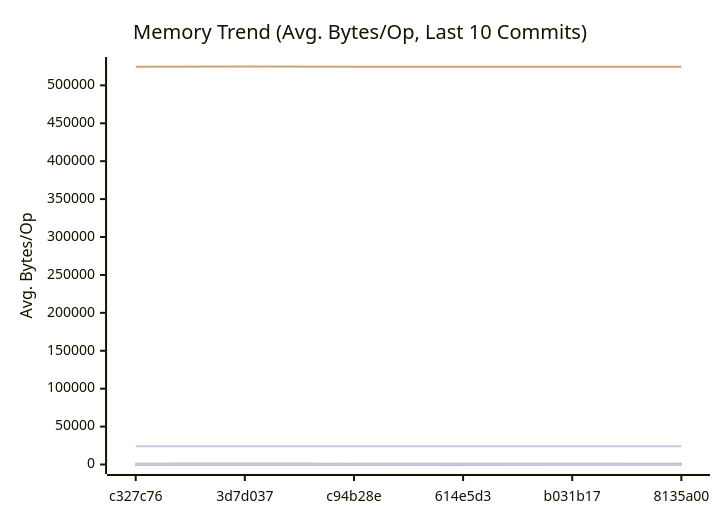
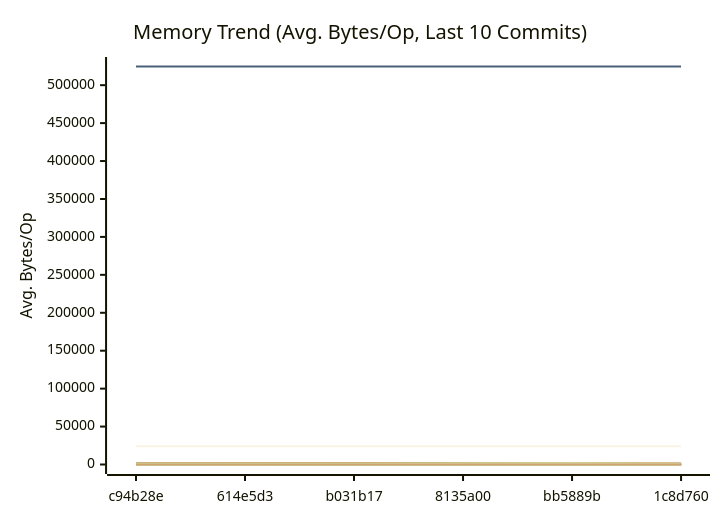
One commit to alsotoes/momo changed the second of 3 diagrams in docs/REFERENCE/PERFORMANCE.md. Above: the diagram before and after it, drawn with Mermaid. The commit also changed other lines of this file and 3 other files, not shown here.

````diff
--- a/docs/REFERENCE/PERFORMANCE.md
+++ b/docs/REFERENCE/PERFORMANCE.md
@@ -310,44 +346,53 @@
 ```mermaid
 xychart-beta
     title "Memory Trend (Avg. Bytes/Op, Last 10 Commits)"
     x-axis "Commit"
     y-axis "Avg. Bytes/Op"
-    x-axis [c327c76,3d7d037,c94b28e,614e5d3,b031b17,8135a00]
-    line "AWSChunkedReaderSigned" [68,46,98,80,70,106,85,62,72,80]
-    line "AWSChunkedReaderUnsigned" [63,59,75,91,78,84,68,66,70,68]
+    x-axis [c94b28e,614e5d3,b031b17,8135a00,bb5889b,1c8d760]
+    line "AdaptivePutBlob64KiB" [0,0,0,0,0,0,0,0,0,0]
+    line "AWSChunkedReaderSigned" [98,80,70,106,85,62,72,80,121,164]
+    line "AWSChunkedReaderUnsigned" [75,91,78,84,68,66,70,68,164,167]
     line "CheckMetricsAndSwap" [0,0,0,0,0,0,0,0,0,0]
     line "CrushOptimized" [0,0,0,0,0,0,0,0,0,0]
     line "CrushOriginal" [164,164,164,164,164,164,164,164,164,164]
-    line "FormatListObjectsV2XML_AppendFormat" [524552,524871,524558,524474,524487,524493,524491,524618,524521,524495]
+    line "EtagMatches" [0,0,0,0,0,0,0,0,0,0]
+    line "EtagMatchesSplit" [0,0,0,0,0,0,0,0,80,80]
+    line "FormatListObjectsV2XML_AppendFormat" [524558,524474,524487,524493,524491,524618,524521,524495,524440,524428]
     line "FormatListObjectsV2XML_OldFormat" [24000,24000,24000,24000,24000,24000,24000,24000,24000,24000]
-    line "HashBytes/1MiB" [157,137,195,139,187,213,178,135,158,173]
-    line "HashBytes/256MiB" [172,116,191,150,250,237,208,140,144,168]
-    line "HashBytes/64MiB" [172,107,132,159,198,175,180,134,130,144]
-    line "HashFile/1MiB" [148,121,187,160,251,167,203,132,131,173]
-    line "HashFile/256MiB" [156,118,177,172,188,165,187,118,148,172]
-    line "HashFile/64MiB" [142,102,169,207,193,175,165,106,147,200]
+    line "HashBytes/1MiB" [195,139,187,213,178,135,158,173,283,349]
+    line "HashBytes/256MiB" [191,150,250,237,208,140,144,168,326,369]
+    line "HashBytes/64MiB" [132,159,198,175,180,134,130,144,332,335]
+    line "HashFile/1MiB" [187,160,251,167,203,132,131,173,285,353]
+    line "HashFile/256MiB" [177,172,188,165,187,118,148,172,268,363]
+    line "HashFile/64MiB" [169,207,193,175,165,106,147,200,280,307]
     line "IndexDirectTracking" [0,0,0,0,0,0,0,0,0,0]
     line "IndexSearch" [0,0,0,0,0,0,0,0,0,0]
     line "LastModifiedHeader_AppendFormat" [0,0,0,0,0,0,0,0,0,0]
     line "LastModifiedHeader_Format" [32,32,32,32,32,32,32,32,32,32]
+    line "ListPartsTime_AppendFormat" [0,0,0,0,0,0,0,0,0,0]
+    line "ListPartsTime_Format" [0,0,0,0,0,0,0,0,24,24]
     line "LoadGlobalConfig" [1976,1976,1976,1976,1976,1976,1976,1976,1976,1976]
-    line "LocalWrite/1MiB" [751,950,1339,1557,1077,1130,940,952,1105,1110]
-    line "LocalWrite/256MiB" [1356,986,1532,1495,1600,1673,1446,1129,1329,1440]
-    line "LocalWrite/64MiB" [1282,1194,1597,1782,1648,1456,1098,1310,1406,1520]
+    line "LocalWrite/1MiB" [1339,1557,1077,1130,940,952,1105,1110,1037,3019]
+    line "LocalWrite/256MiB" [1532,1495,1600,1673,1446,1129,1329,1440,2294,2216]
+    line "LocalWrite/64MiB" [1597,1782,1648,1456,1098,1310,1406,1520,2211,2395]
     line "PadString" [64,64,64,64,64,64,64,64,64,64]
+    line "ParseAWSChunkHeader" [0,0,0,0,0,0,0,0,0,0]
     line "ParseReplicationOrder_NoPrealloc" [408,408,408,408,408,248,248,248,248,248]
     line "ParseReplicationOrder_Prealloc" [240,240,240,240,240,80,80,80,80,80]
+    line "PheromoneSelectReplica" [0,0,0,0,0,0,0,0,0,0]
     line "Placement" [352,352,352,352,352,352,352,352,352,352]
     line "PlacementDomainSpread" [352,352,352,352,352,352,352,352,352,352]
-    line "ReadVerify/1MiB" [157,86,185,136,220,179,124,139,134,186]
-    line "ReadVerify/256MiB" [147,118,177,204,219,127,151,122,142,158]
-    line "ReadVerify/64MiB" [155,126,175,148,315,131,129,123,132,174]
-    line "S3PutSpool/1MiB" [110,85,134,125,122,170,161,112,121,154]
-    line "S3PutSpool/256MiB" [111,101,149,123,148,219,144,114,124,148]
-    line "S3PutSpool/64MiB" [103,99,156,168,183,168,155,116,118,137]
+    line "ReadVerify/1MiB" [185,136,220,179,124,139,134,186,315,233]
+    line "ReadVerify/256MiB" [177,204,219,127,151,122,142,158,259,344]
+    line "ReadVerify/64MiB" [175,148,315,131,129,123,132,174,304,251]
+    line "S3PutSpool/1MiB" [134,125,122,170,161,112,121,154,208,229]
+    line "S3PutSpool/256MiB" [149,123,148,219,144,114,124,148,235,278]
+    line "S3PutSpool/64MiB" [156,168,183,168,155,116,118,137,169,165]
     line "SanitizeLog/Safe" [0,0,0,0,0,0,0,0,0,0]
     line "SanitizeLog/Unsafe" [704,704,704,704,704,704,704,704,704,704]
-    line "TrustedRead/1MiB" [140,108,186,217,246,135,143,109,127,142]
-    line "TrustedRead/256MiB" [110,83,160,128,226,212,181,127,129,167]
-    line "TrustedRead/64MiB" [113,70,144,220,225,161,144,118,124,169]
+    line "TrustedRead/1MiB" [186,217,246,135,143,109,127,142,228,337]
+    line "TrustedRead/256MiB" [160,128,226,212,181,127,129,167,293,307]
+    line "TrustedRead/64MiB" [144,220,225,161,144,118,124,169,215,297]
+    line "VolumeGetBlob64KiB" [0,0,0,0,0,0,0,0,0,0]
+    line "VolumePutBlob64KiB" [0,0,0,0,0,0,0,0,0,0]
 ```
````
